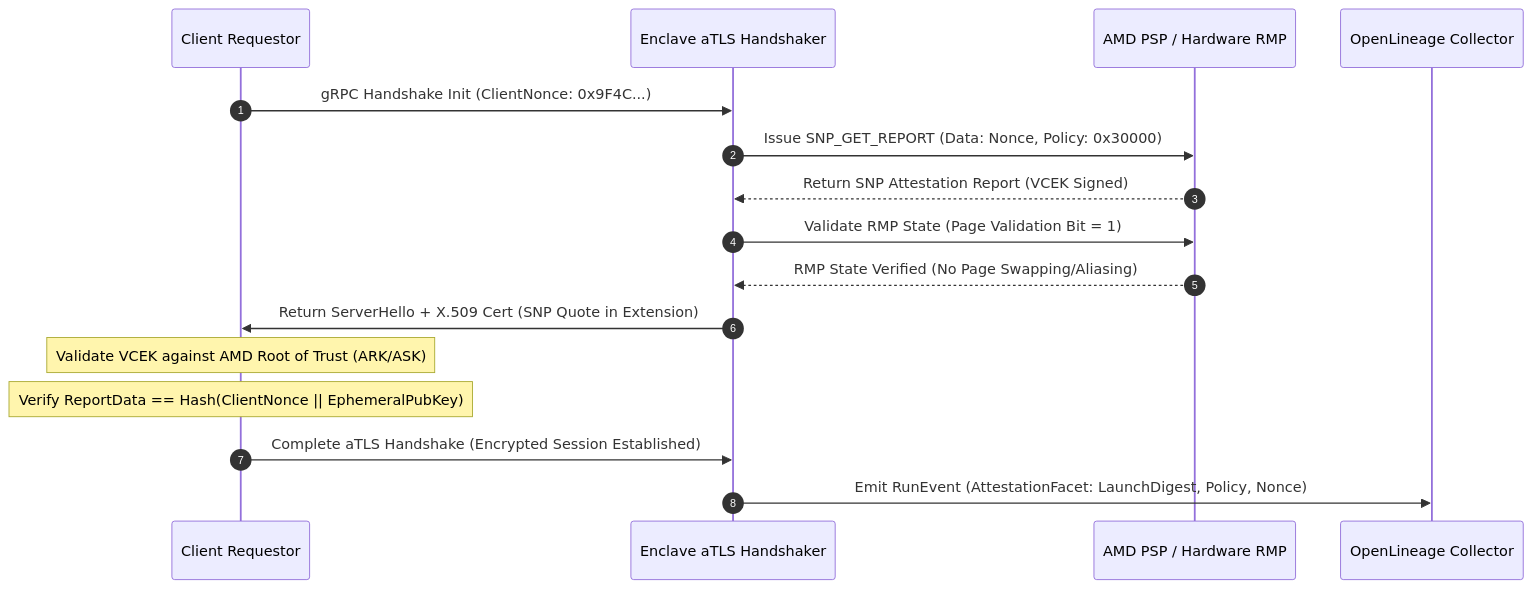
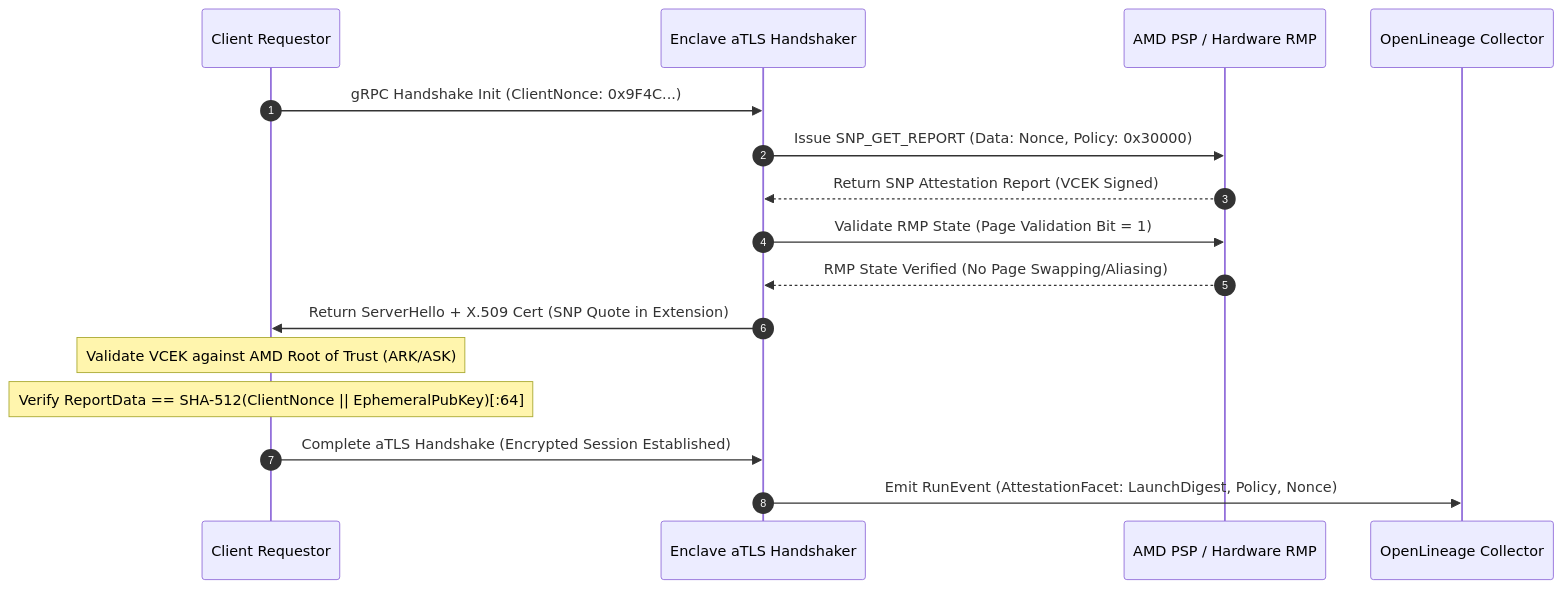
Before and after one commit to Amit1092tiwari/hyperscale-system-blueprints: the second of 3 diagrams in dispatches/day_dispatch_2026-10-19-12-51-43.md, drawn with Mermaid. The commit also changed other lines of this file and 2 other files, not shown here.

````diff
--- a/dispatches/day_dispatch_2026-10-19-12-51-43.md
+++ b/dispatches/day_dispatch_2026-10-19-12-51-43.md
@@ -166,19 +167,19 @@
 ```mermaid
 sequenceDiagram
     autonumber
     participant C as Client Requestor
     participant E as Enclave aTLS Handshaker
     participant P as AMD PSP / Hardware RMP
     participant L as OpenLineage Collector
 
     C->>E: gRPC Handshake Init (ClientNonce: 0x9F4C...)
     E->>P: Issue SNP_GET_REPORT (Data: Nonce, Policy: 0x30000)
     P-->>E: Return SNP Attestation Report (VCEK Signed)
     E->>P: Validate RMP State (Page Validation Bit = 1)
     P-->>E: RMP State Verified (No Page Swapping/Aliasing)
     E->>C: Return ServerHello + X.509 Cert (SNP Quote in Extension)
     Note over C: Validate VCEK against AMD Root of Trust (ARK/ASK)
-    Note over C: Verify ReportData == Hash(ClientNonce || EphemeralPubKey)
+    Note over C: Verify ReportData == SHA-512(ClientNonce || EphemeralPubKey)[:64]
     C->>E: Complete aTLS Handshake (Encrypted Session Established)
     E->>L: Emit RunEvent (AttestationFacet: LaunchDigest, Policy, Nonce)
 ```
````
